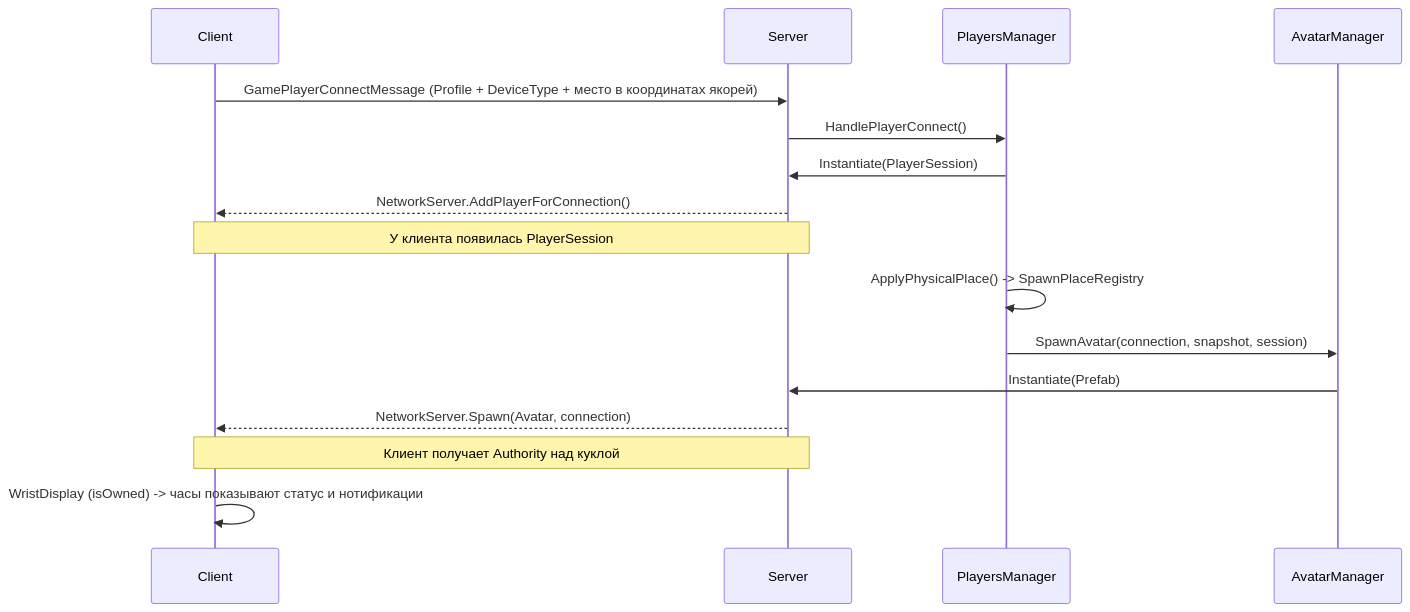
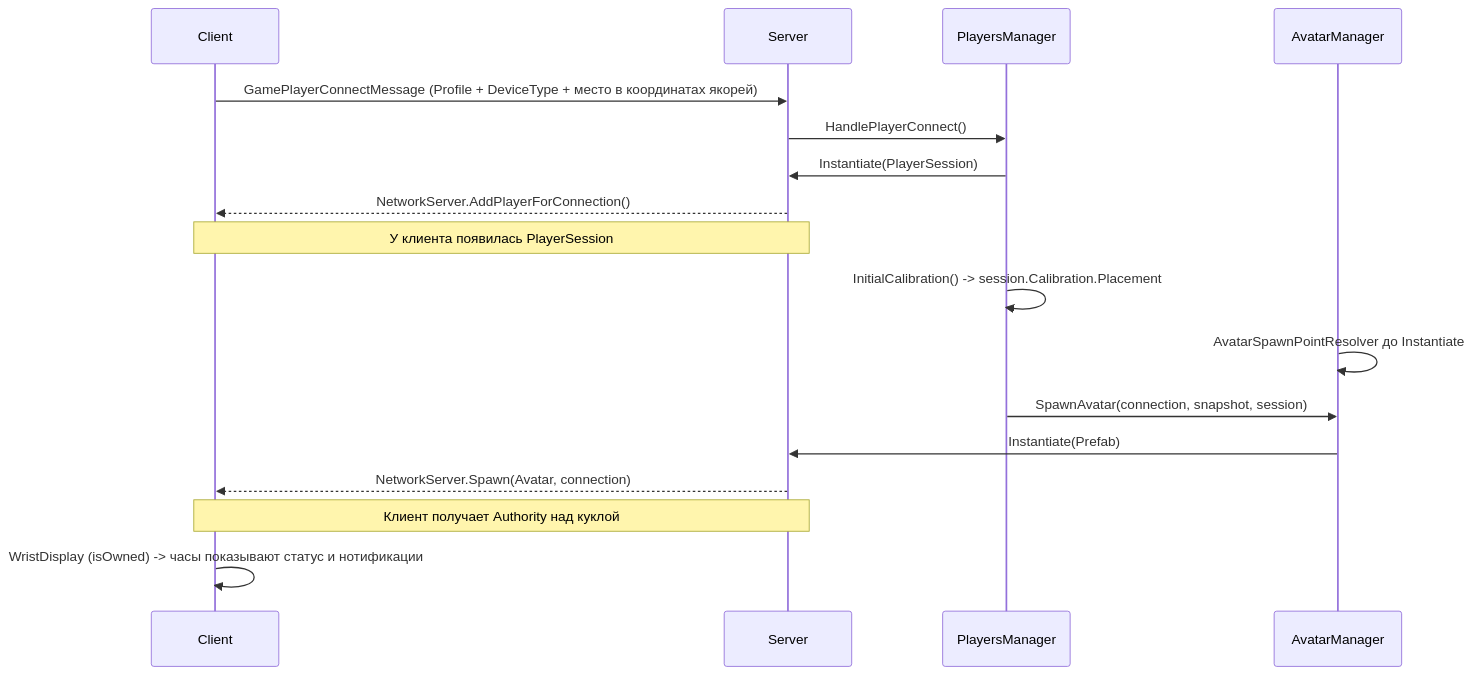
One commit to askerpro/vr_battlegrounds_ai_v2 changed the diagram in Docs/session-architecture.md. Above: the diagram before and after it, drawn with Mermaid. The commit also changed other lines of this file and 31 other files, not shown here.

````diff
--- a/Docs/session-architecture.md
+++ b/Docs/session-architecture.md
@@ -137,19 +123,20 @@
 ```mermaid
 sequenceDiagram
     participant C as Client
     participant S as Server
     participant PM as PlayersManager
     participant AM as AvatarManager
     
     C->>S: GamePlayerConnectMessage (Profile + DeviceType + место в координатах якорей)
     S->>PM: HandlePlayerConnect()
     PM->>S: Instantiate(PlayerSession)
     S-->>C: NetworkServer.AddPlayerForConnection()
     Note over C,S: У клиента появилась PlayerSession
-    PM->>PM: ApplyPhysicalPlace() -> SpawnPlaceRegistry
+    PM->>PM: InitialCalibration() -> session.Calibration.Placement
+    AM->>AM: AvatarSpawnPointResolver до Instantiate
     PM->>AM: SpawnAvatar(connection, snapshot, session)
     AM->>S: Instantiate(Prefab)
     S-->>C: NetworkServer.Spawn(Avatar, connection)
     Note over C,S: Клиент получает Authority над куклой
     C->>C: WristDisplay (isOwned) -> часы показывают статус и нотификации
 ```
````
